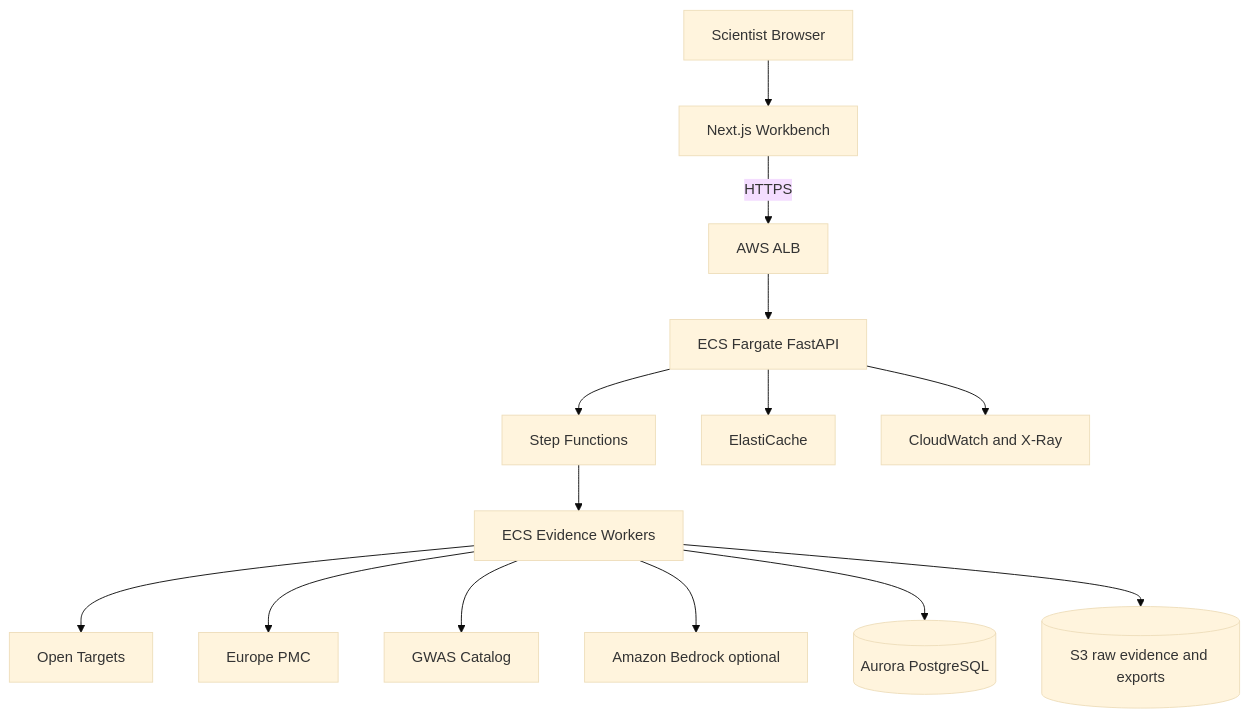
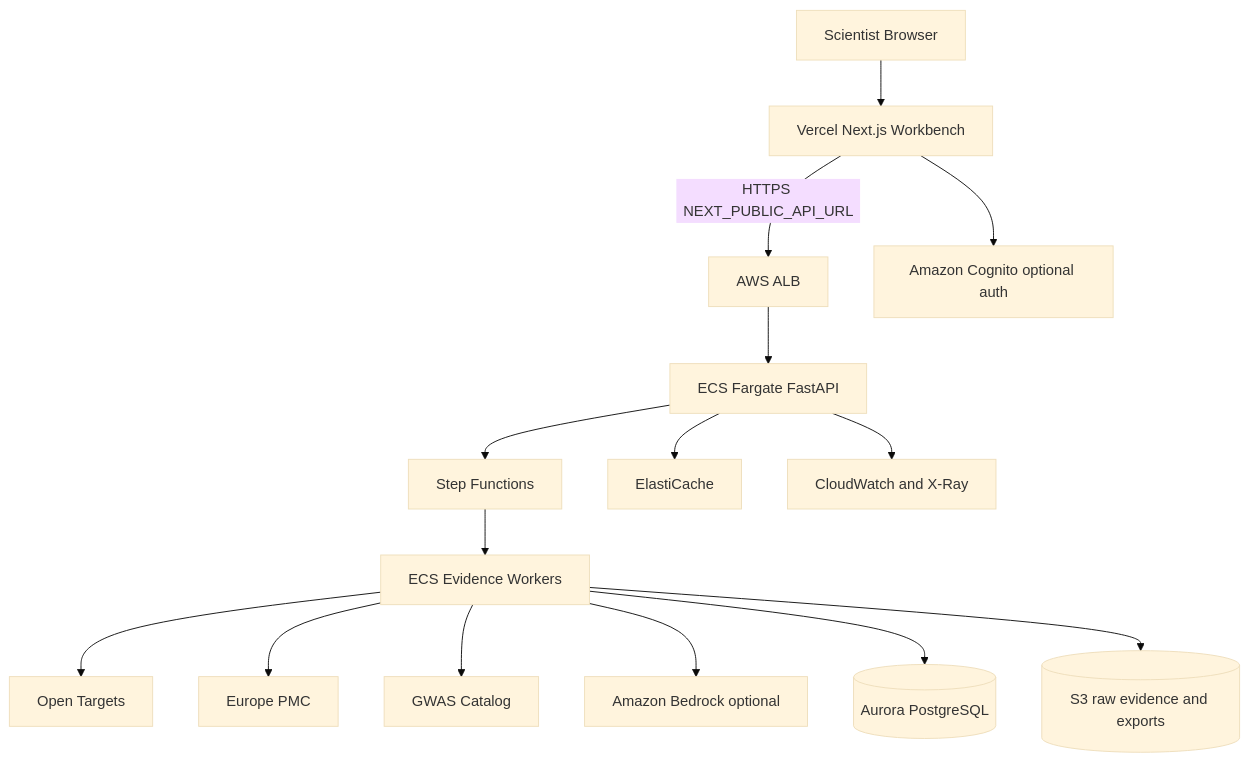
The diagram in docs/aws-architecture.md (Elyasirankhah/Biolead-AI-Agent), drawn with Mermaid (base theme) before and after one commit. The commit also changed other lines of this file and 63 other files, not shown here.

````diff
--- a/docs/aws-architecture.md
+++ b/docs/aws-architecture.md
@@ -18,16 +15,17 @@
 ```mermaid
 flowchart TB
-  Scientist[Scientist Browser] --> Web[Next.js Workbench]
-  Web -->|HTTPS| ALB[AWS ALB]
+  Scientist[Scientist Browser] --> Vercel[Vercel Next.js Workbench]
+  Vercel -->|HTTPS NEXT_PUBLIC_API_URL| ALB[AWS ALB]
   ALB --> Api[ECS Fargate FastAPI]
   Api --> SF[Step Functions]
   SF --> Workers[ECS Evidence Workers]
   Workers --> OT[Open Targets]
   Workers --> EPMC[Europe PMC]
   Workers --> GWAS[GWAS Catalog]
   Workers --> Bedrock[Amazon Bedrock optional]
   Workers --> Aurora[(Aurora PostgreSQL)]
   Workers --> S3[(S3 raw evidence and exports)]
   Api --> Redis[ElastiCache]
   Api --> CW[CloudWatch and X-Ray]
+  Vercel --> Cognito[Amazon Cognito optional auth]
 ```
````
